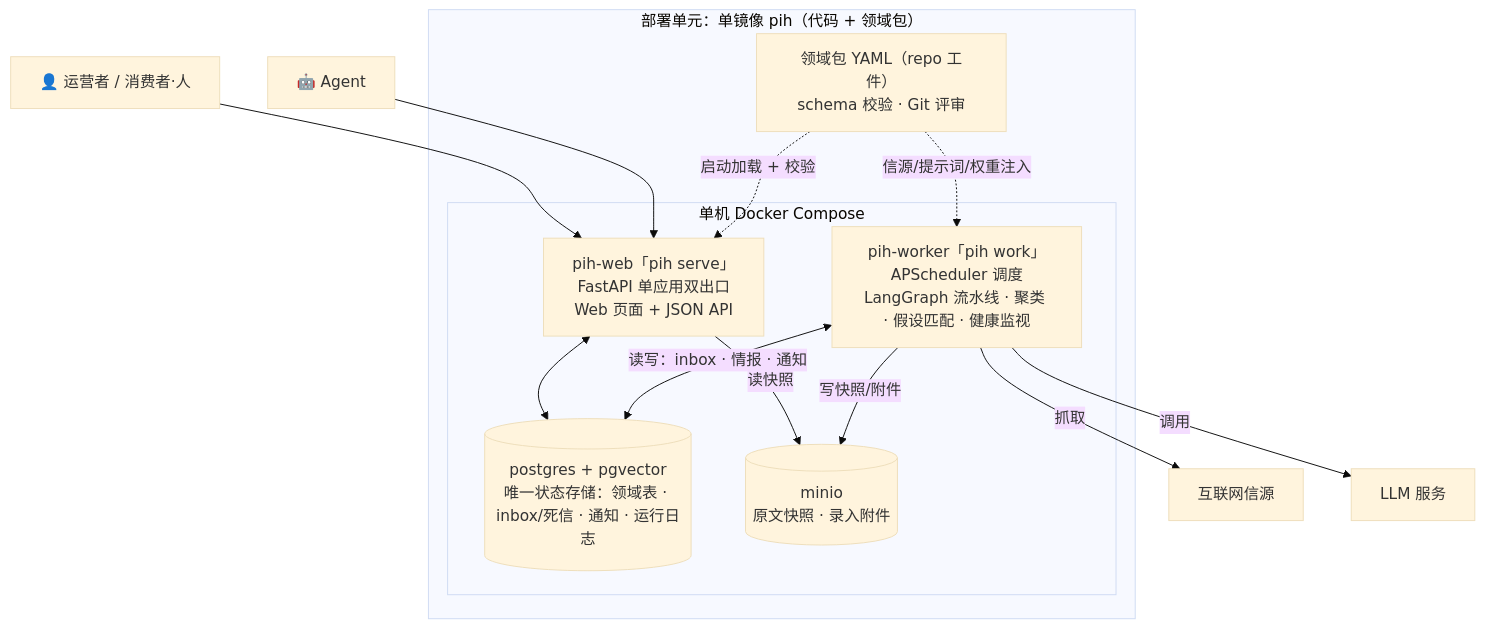
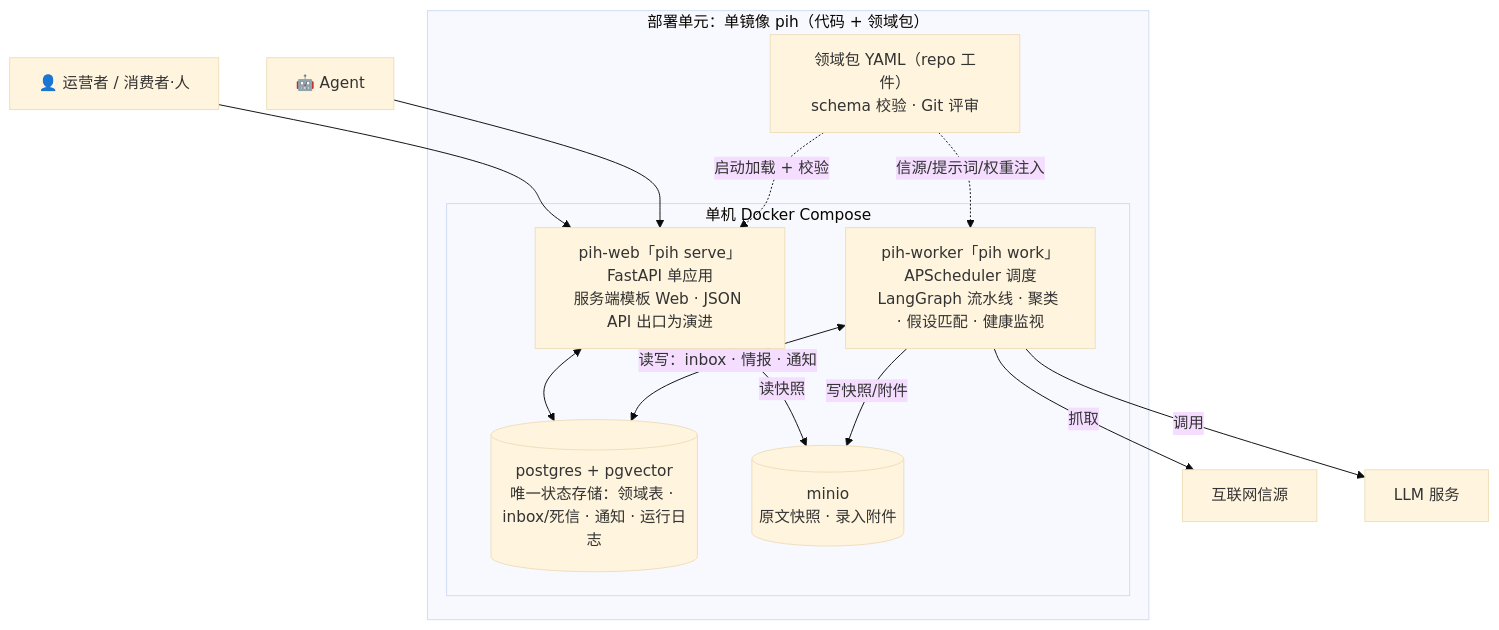
One commit to leoricmaster/pih changed the second of 10 diagrams in backlog/docs/doc-2 - 架构设计-Architecture.md. Above: the diagram before and after it, drawn with Mermaid (base theme). The commit also changed other lines of this file, not shown here.

````diff
--- a/backlog/docs/doc-2 - 架构设计-Architecture.md
+++ b/backlog/docs/doc-2 - 架构设计-Architecture.md
@@ -68,26 +68,26 @@
 ```mermaid
 flowchart TB
     subgraph REPO["部署单元：单镜像 pih（代码 + 领域包）"]
         subgraph HOST["单机 Docker Compose"]
-            WEB["pih-web「pih serve」<br/>FastAPI 单应用双出口<br/>Web 页面 + JSON API"]
+            WEB["pih-web「pih serve」<br/>FastAPI 单应用<br/>服务端模板 Web · JSON API 出口为演进"]
             WORK["pih-worker「pih work」<br/>APScheduler 调度<br/>LangGraph 流水线 · 聚类 · 假设匹配 · 健康监视"]
             PG[("postgres + pgvector<br/>唯一状态存储：领域表 · inbox/死信 · 通知 · 运行日志")]
             MINIO[("minio<br/>原文快照 · 录入附件")]
         end
         PACK["领域包 YAML（repo 工件）<br/>schema 校验 · Git 评审"]
     end
     OP["👤 运营者 / 消费者·人"]
     AG["🤖 Agent"]
     SRC["互联网信源"]
     LLM["LLM 服务"]
     OP --> WEB
     AG --> WEB
     WEB <--> PG
     WEB -->|"读快照"| MINIO
     WORK -->|"抓取"| SRC
     WORK -->|"调用"| LLM
     WORK -->|"写快照/附件"| MINIO
     WORK <-->|"读写：inbox · 情报 · 通知"| PG
     PACK -.->|"启动加载 + 校验"| WEB
     PACK -.->|"信源/提示词/权重注入"| WORK
 ```
````
